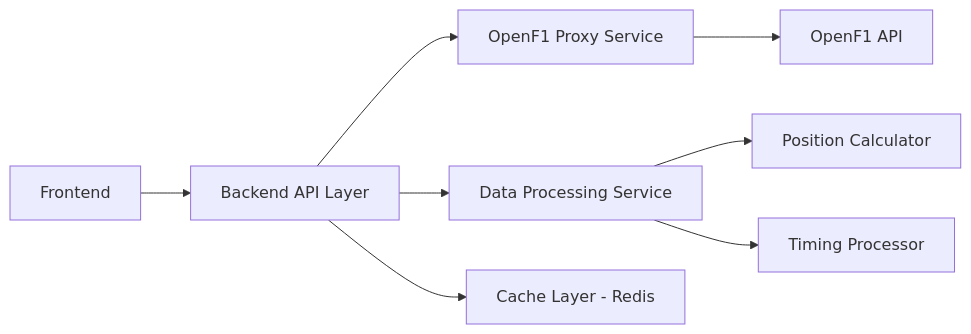
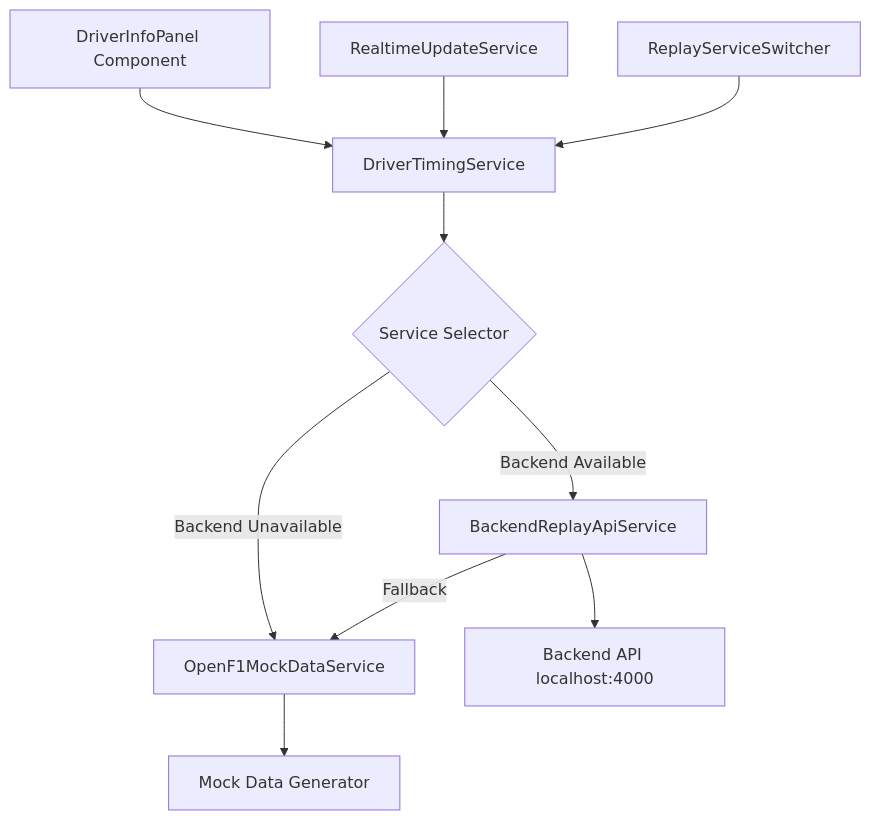
Before and after one commit to Jeong-baechoo/f1-global-tour: the diagram in src/features/replay/REPLAY_API_SPECIFICATION.md, drawn with Mermaid. The commit also changed other lines of this file and 17 other files, not shown here.

````diff
--- a/src/features/replay/REPLAY_API_SPECIFICATION.md
+++ b/src/features/replay/REPLAY_API_SPECIFICATION.md
@@ -38,10 +33,12 @@
 ```mermaid
-graph LR
-    A[Frontend] --> B[Backend API Layer]
-    B --> C[OpenF1 Proxy Service]
-    B --> D[Data Processing Service]
-    B --> E[Cache Layer - Redis]
-    C --> F[OpenF1 API]
-    D --> G[Position Calculator]
-    D --> H[Timing Processor]
+graph TB
+    A[DriverInfoPanel Component] --> B[DriverTimingService]
+    B --> C{Service Selector}
+    C -->|Backend Available| D[BackendReplayApiService]
+    C -->|Backend Unavailable| E[OpenF1MockDataService]
+    D --> F[Backend API localhost:4000]
+    D -->|Fallback| E
+    E --> G[Mock Data Generator]
+    H[RealtimeUpdateService] --> B
+    I[ReplayServiceSwitcher] --> B
 ```
````
